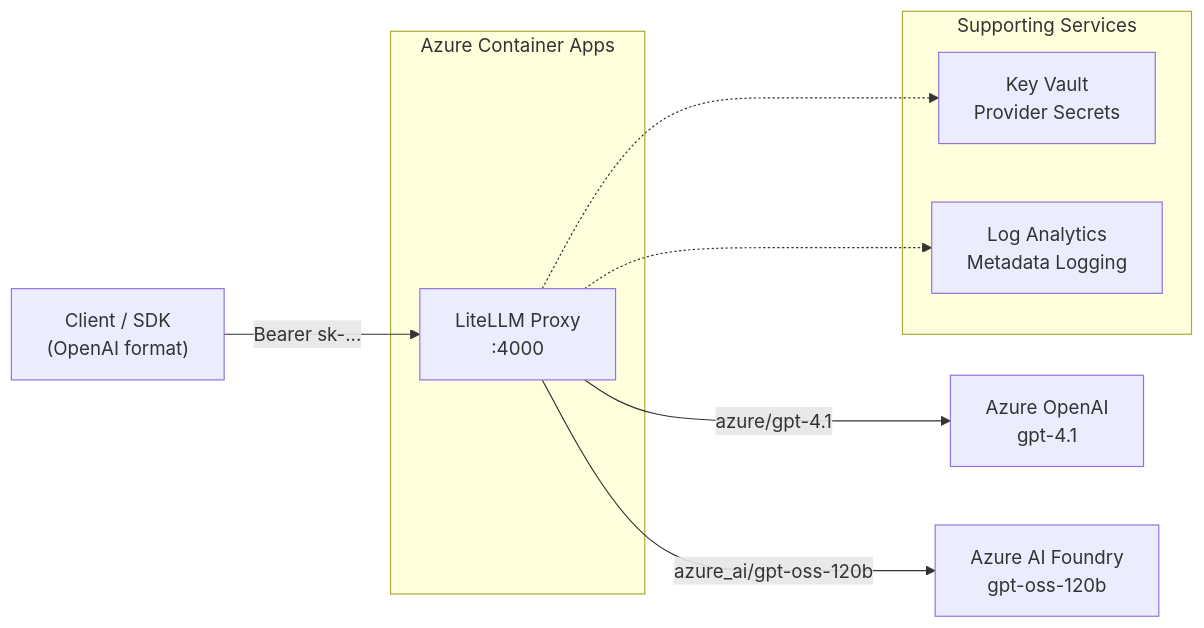
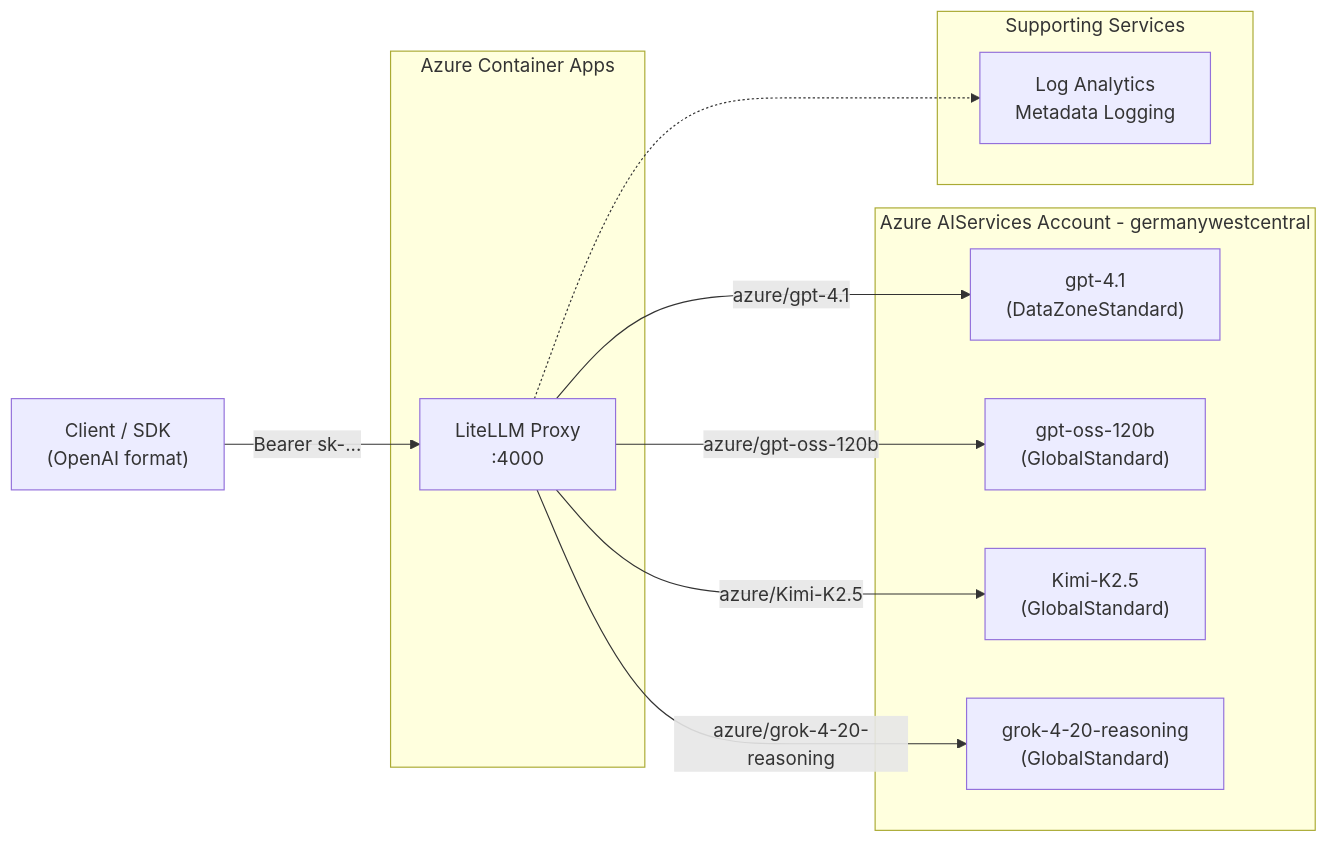
One commit to semidark/azure-lit changed the diagram in README.md. Above: the diagram before and after it, drawn with Mermaid. The commit also changed other lines of this file, not shown here.

````diff
--- a/README.md
+++ b/README.md
@@ -151,19 +153,26 @@
 ```mermaid
 graph LR
     Client["Client / SDK<br/>(OpenAI format)"] -->|Bearer sk-...| LiteLLM
 
     subgraph Azure Container Apps
         LiteLLM["LiteLLM Proxy<br/>:4000"]
     end
 
-    LiteLLM -->|azure/gpt-4.1| OpenAI["Azure OpenAI<br/>gpt-4.1"]
-    LiteLLM -->|azure_ai/gpt-oss-120b| Foundry["Azure AI Foundry<br/>gpt-oss-120b"]
+    subgraph Azure AIServices Account - germanywestcentral
+        GPT41["gpt-4.1<br/>(DataZoneStandard)"]
+        OSS["gpt-oss-120b<br/>(GlobalStandard)"]
+        Kimi["Kimi-K2.5<br/>(GlobalStandard)"]
+        Grok["grok-4-20-reasoning<br/>(GlobalStandard)"]
+    end
+
+    LiteLLM -->|azure/gpt-4.1| GPT41
+    LiteLLM -->|azure/gpt-oss-120b| OSS
+    LiteLLM -->|azure/Kimi-K2.5| Kimi
+    LiteLLM -->|azure/grok-4-20-reasoning| Grok
 
     subgraph Supporting Services
-        KV["Key Vault<br/>Provider Secrets"]
         LA["Log Analytics<br/>Metadata Logging"]
     end
 
-    LiteLLM -.-> KV
     LiteLLM -.-> LA
 ```
````
